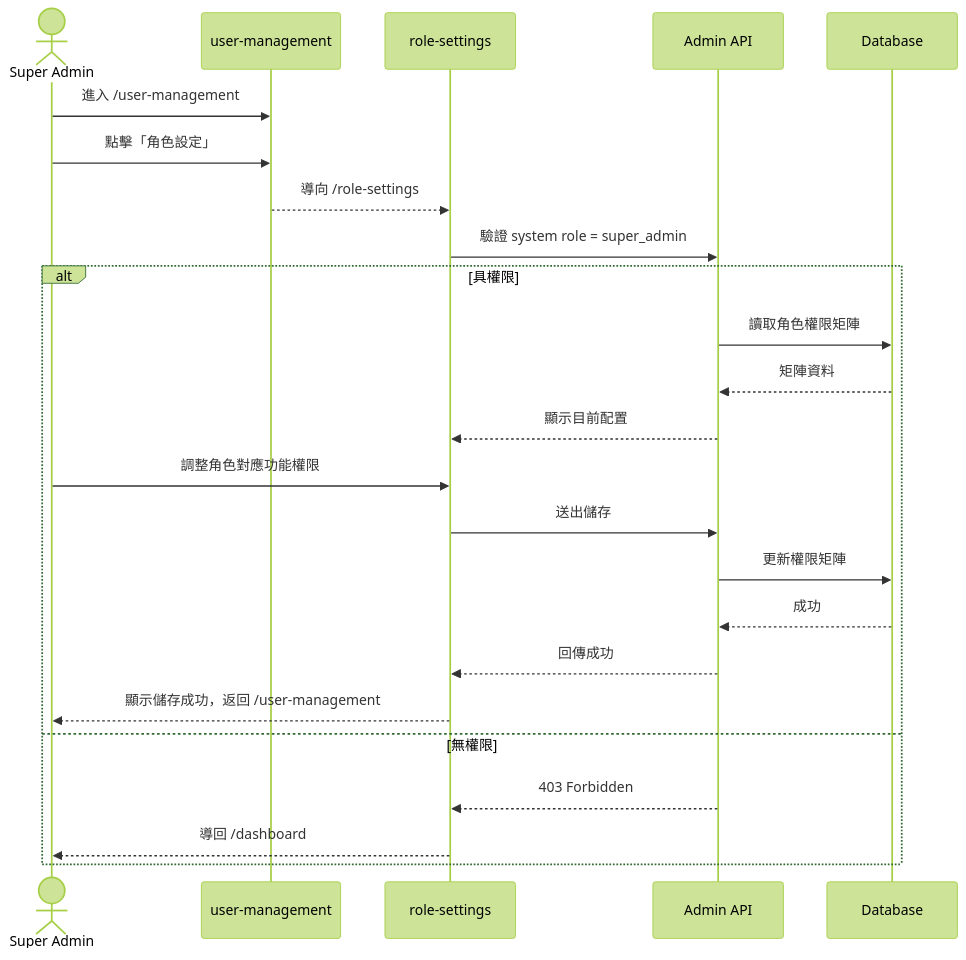
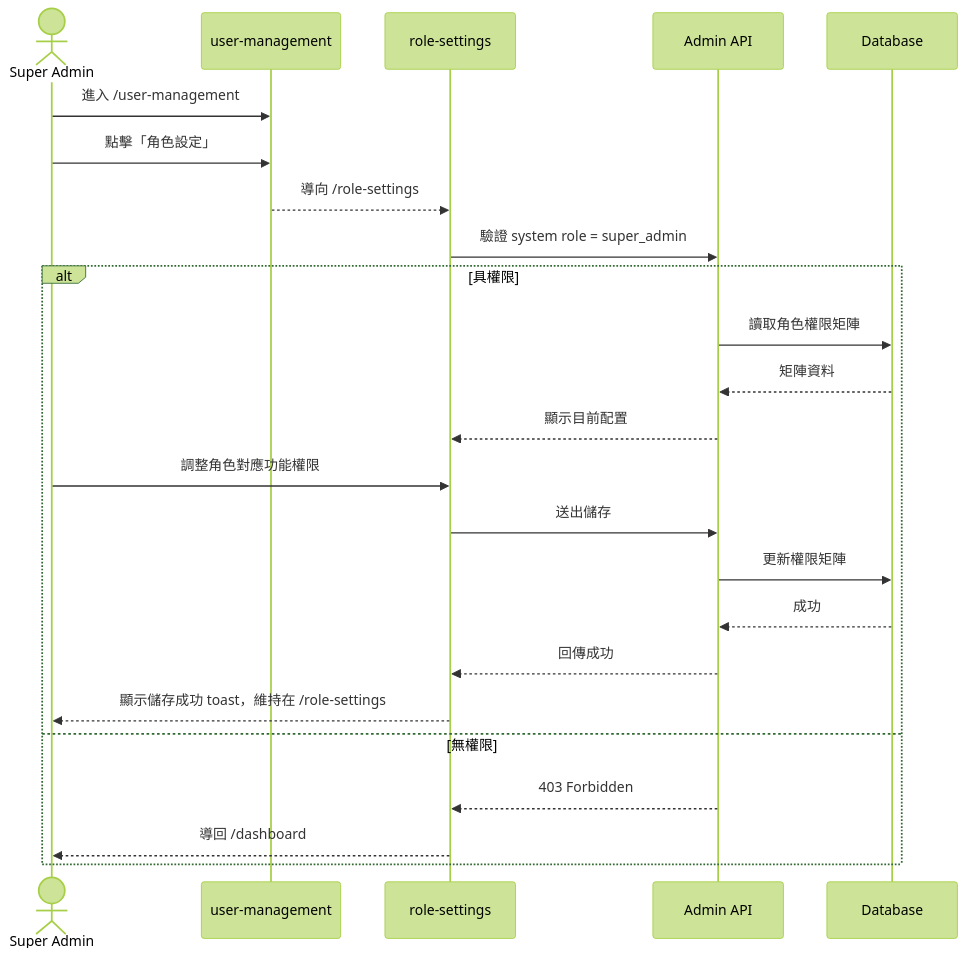
Before and after one commit to singyichen/label-suite: the first of 2 diagrams in specs/admin/007-role-settings/spec.md, drawn with Mermaid (forest theme). The commit also changed other lines of this file and 3 other files, not shown here.

````diff
--- a/specs/admin/007-role-settings/spec.md
+++ b/specs/admin/007-role-settings/spec.md
@@ -18,28 +19,28 @@
 ```mermaid
 sequenceDiagram
     actor SA as Super Admin
     participant UM as user-management
     participant RS as role-settings
     participant API as Admin API
     participant DB as Database
 
     SA->>UM: 進入 /user-management
     SA->>UM: 點擊「角色設定」
     UM-->>RS: 導向 /role-settings
     RS->>API: 驗證 system role = super_admin
 
     alt 具權限
         API->>DB: 讀取角色權限矩陣
         DB-->>API: 矩陣資料
         API-->>RS: 顯示目前配置
         SA->>RS: 調整角色對應功能權限
         RS->>API: 送出儲存
         API->>DB: 更新權限矩陣
         DB-->>API: 成功
         API-->>RS: 回傳成功
-        RS-->>SA: 顯示儲存成功，返回 /user-management
+        RS-->>SA: 顯示儲存成功 toast，維持在 /role-settings
     else 無權限
         API-->>RS: 403 Forbidden
         RS-->>SA: 導回 /dashboard
     end
 ```
````
